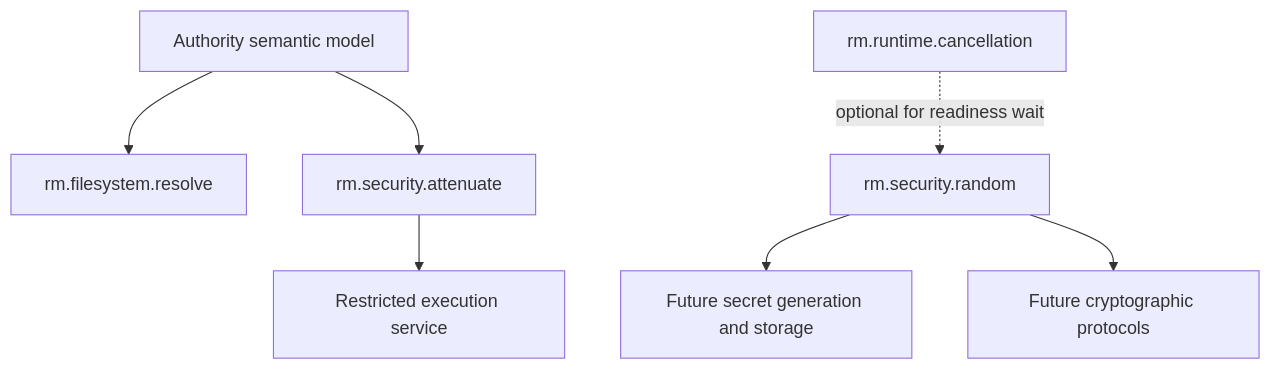
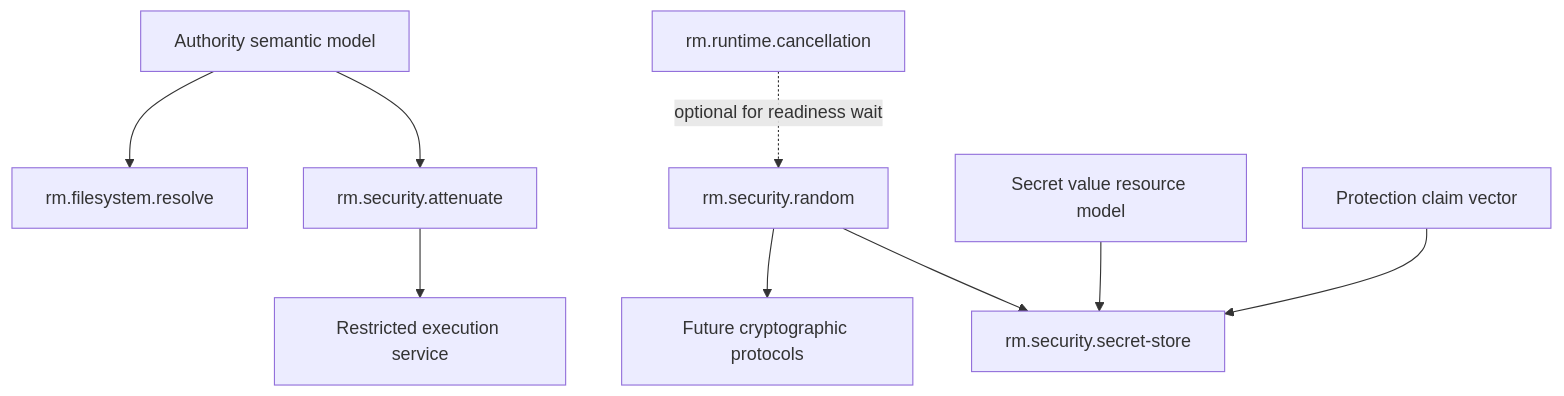
The second of 2 diagrams in docs/02-capabilities/security/README.md (Rusty-Mill/rusty_foundation_akb), drawn with Mermaid before and after one commit. The commit also changed other lines of this file and 11 other files, not shown here.

Commit message:
Define protected secret storage semantics

````diff
--- a/docs/02-capabilities/security/README.md
+++ b/docs/02-capabilities/security/README.md
@@ -45,10 +45,12 @@
 ```mermaid
 flowchart TD
     Model["Authority semantic model"] --> Resolve["rm.filesystem.resolve"]
     Model --> Attenuate["rm.security.attenuate"]
     Attenuate --> Isolation["Restricted execution service"]
     Random["rm.security.random"]
     Cancel["rm.runtime.cancellation"] -.->|"optional for readiness wait"| Random
-    Random --> FutureSecrets["Future secret generation and storage"]
     Random --> FutureCrypto["Future cryptographic protocols"]
+    Random --> Store["rm.security.secret-store"]
+    SecretValue["Secret value resource model"] --> Store
+    Claims["Protection claim vector"] --> Store
 ```
````
